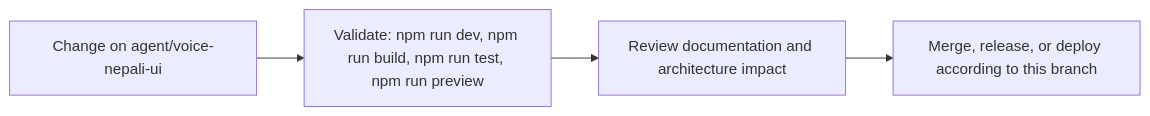
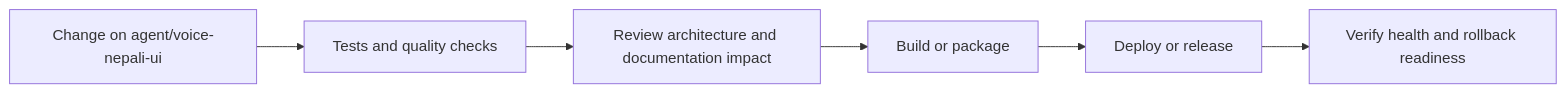
Before and after one commit to Nischhalsubba/Napiyo: the fourth of 5 diagrams in README.md, drawn with Mermaid. The commit also changed other lines of this file, not shown here.

````diff
--- a/README.md
+++ b/README.md
@@ -72,8 +154,8 @@
 ```mermaid
 flowchart LR
-    CHANGE["Change on agent/voice-nepali-ui"]
-    CHECK["Validate: npm run dev, npm run build, npm run test, npm run preview"]
-    REVIEW["Review documentation and architecture impact"]
-    RELEASE["Merge, release, or deploy according to this branch"]
-    CHANGE --> CHECK --> REVIEW --> RELEASE
+    CHANGE["Change on agent/voice-nepali-ui"] --> CHECK["Tests and quality checks"]
+    CHECK --> REVIEW["Review architecture and documentation impact"]
+    REVIEW --> BUILD["Build or package"]
+    BUILD --> DEPLOY["Deploy or release"]
+    DEPLOY --> VERIFY["Verify health and rollback readiness"]
 ```
````
